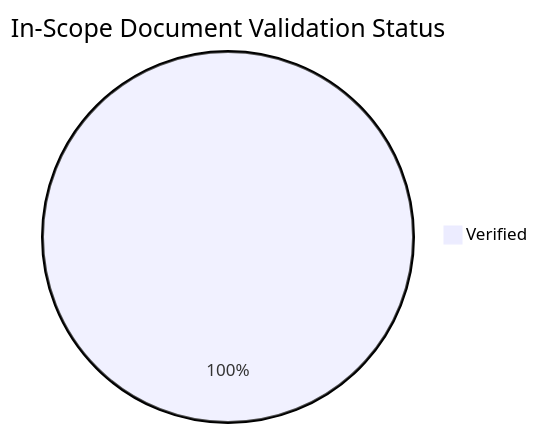
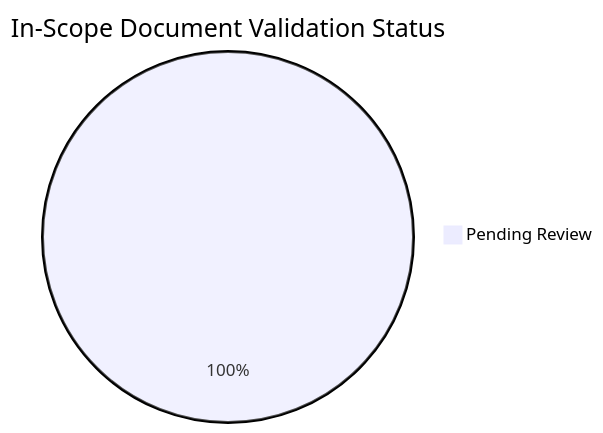
The diagram in docs/reference/content-validation-status.md (yeongseon/azure-networking-practical-guide), drawn with Mermaid before and after one commit. The commit also changed other lines of this file and 51 other files, not shown here.

````diff
--- a/docs/reference/content-validation-status.md
+++ b/docs/reference/content-validation-status.md
@@ -25,4 +23,4 @@
 ```mermaid
 pie title In-Scope Document Validation Status
-    "Verified" : 48
+    "Pending Review" : 48
 ```
````
